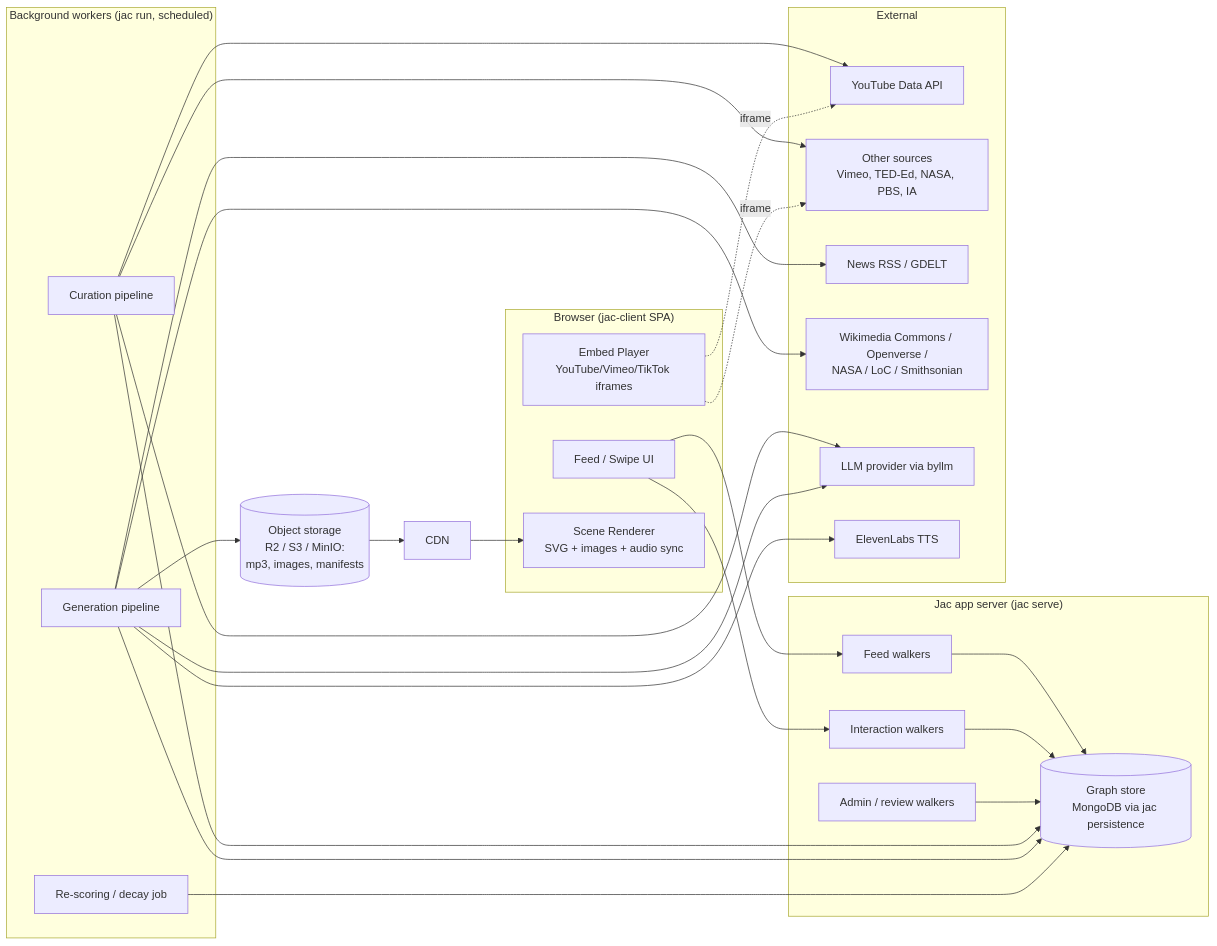
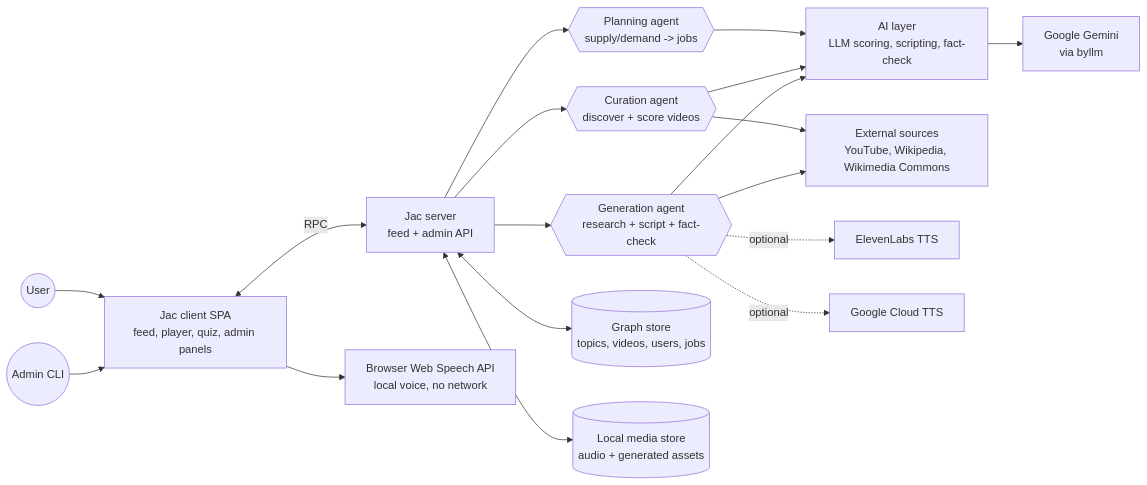
One commit to pringithub/anti-brainrot-tok changed the first of 2 diagrams in plan/01-architecture.md. Above: the diagram before and after it, drawn with Mermaid. The commit also changed other lines of this file and 23 other files, not shown here.

First line of the commit message:
Add landing page, architecture docs, and request-a-video feature

````diff
--- a/plan/01-architecture.md
+++ b/plan/01-architecture.md
@@ -5,42 +9,20 @@
 ```mermaid
 flowchart LR
-    subgraph Browser["Browser (jac-client SPA)"]
-        Feed[Feed / Swipe UI]
-        EP[Embed Player<br/>YouTube/Vimeo/TikTok iframes]
-        SR[Scene Renderer<br/>SVG + images + audio sync]
-    end
+    User((User)) --> Client[Jac client SPA<br/>feed, player, quiz, admin panels]
+    Admin((Admin CLI)) --> Client
 
-    subgraph API["Jac app server (jac serve)"]
-        W1[Feed walkers]
-        W2[Interaction walkers]
-        W3[Admin / review walkers]
-        G[(Graph store<br/>MongoDB via jac persistence)]
-    end
+    Client <-->|RPC| Server[Jac server<br/>feed + admin API]
+    Client --> BrowserVoice[Browser Web Speech API<br/>local voice, no network]
 
-    subgraph Workers["Background workers (jac run, scheduled)"]
-        C[Curation pipeline]
-        GEN[Generation pipeline]
-        RS[Re-scoring / decay job]
-    end
+    Server --> PlanAgent{{Planning agent<br/>supply/demand -> jobs}}
+    Server --> CurAgent{{Curation agent<br/>discover + score videos}}
+    Server --> GenAgent{{Generation agent<br/>research + script + fact-check}}
 
-    subgraph External
-        YT[YouTube Data API]
-        OT[Other sources<br/>Vimeo, TED-Ed, NASA, PBS, IA]
-        NEWS[News RSS / GDELT]
-        IMG[Wikimedia Commons / Openverse /<br/>NASA / LoC / Smithsonian]
-        LLM[LLM provider via byllm]
-        EL[ElevenLabs TTS]
-    end
-
-    OBJ[(Object storage<br/>R2 / S3 / MinIO:<br/>mp3, images, manifests)]
-    CDN[CDN]
-
-    Feed --> W1 & W2
-    W1 & W2 & W3 --> G
-    C --> YT & OT & LLM
-    GEN --> NEWS & IMG & LLM & EL
-    C & GEN & RS --> G
-    GEN --> OBJ
-    OBJ --> CDN --> SR
-    EP -.iframe.-> YT & OT
+    Server <--> Graph[(Graph store<br/>topics, videos, users, jobs)]
+    Server <--> Media[(Local media store<br/>audio + generated assets)]
+    PlanAgent & CurAgent & GenAgent --> AI[AI layer<br/>LLM scoring, scripting, fact-check]
+    CurAgent & GenAgent --> Sources[External sources<br/>YouTube, Wikipedia, Wikimedia Commons]
+    AI --> LLM[Google Gemini<br/>via byllm]
+    GenAgent -.optional.-> ElevenLabs[ElevenLabs TTS]
+    GenAgent -.optional.-> GCTTS[Google Cloud TTS]
 ```
````
